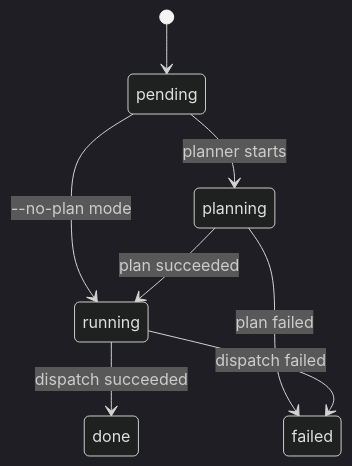
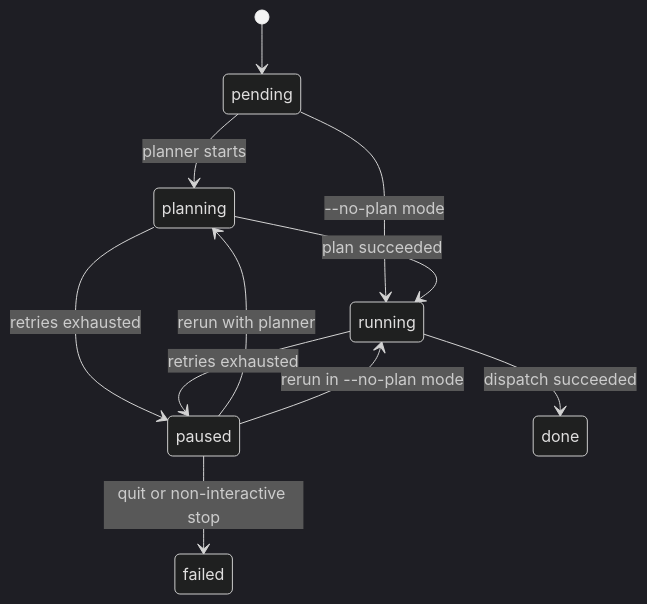
One commit to PatrickRuddiman/Dispatch changed the second of 3 diagrams in docs/cli-orchestration/tui.md. Above: the diagram before and after it, drawn with Mermaid (dark theme). The commit also changed other lines of this file and 68 other files, not shown here.

````diff
--- a/docs/cli-orchestration/tui.md
+++ b/docs/cli-orchestration/tui.md
@@ -51,10 +54,13 @@
 ```mermaid
 stateDiagram-v2
     [*] --> pending
     pending --> planning : planner starts
     pending --> running : --no-plan mode
     planning --> running : plan succeeded
-    planning --> failed : plan failed
+    planning --> paused : retries exhausted
     running --> done : dispatch succeeded
-    running --> failed : dispatch failed
+    running --> paused : retries exhausted
+    paused --> planning : rerun with planner
+    paused --> running : rerun in --no-plan mode
+    paused --> failed : quit or non-interactive stop
 ```
````
